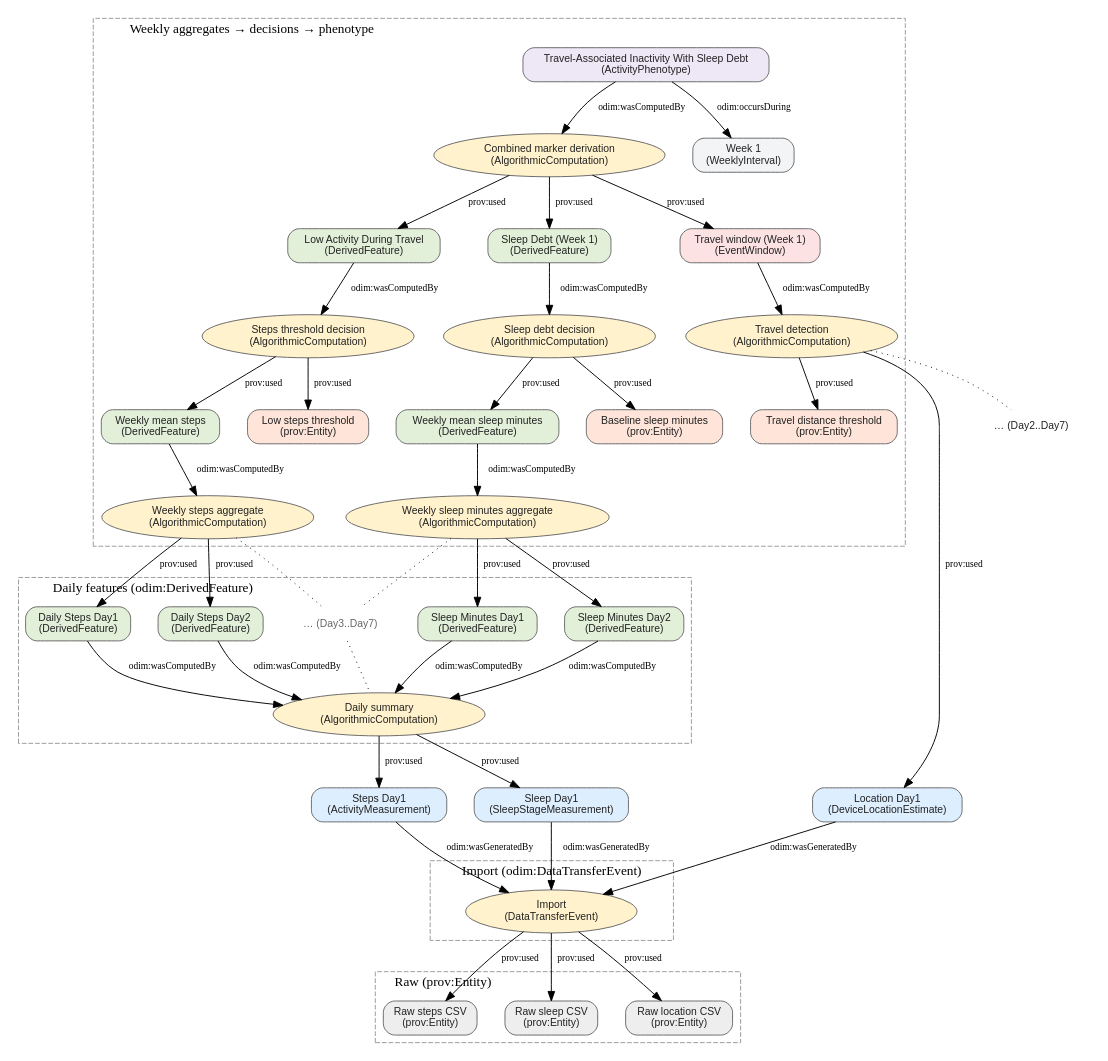
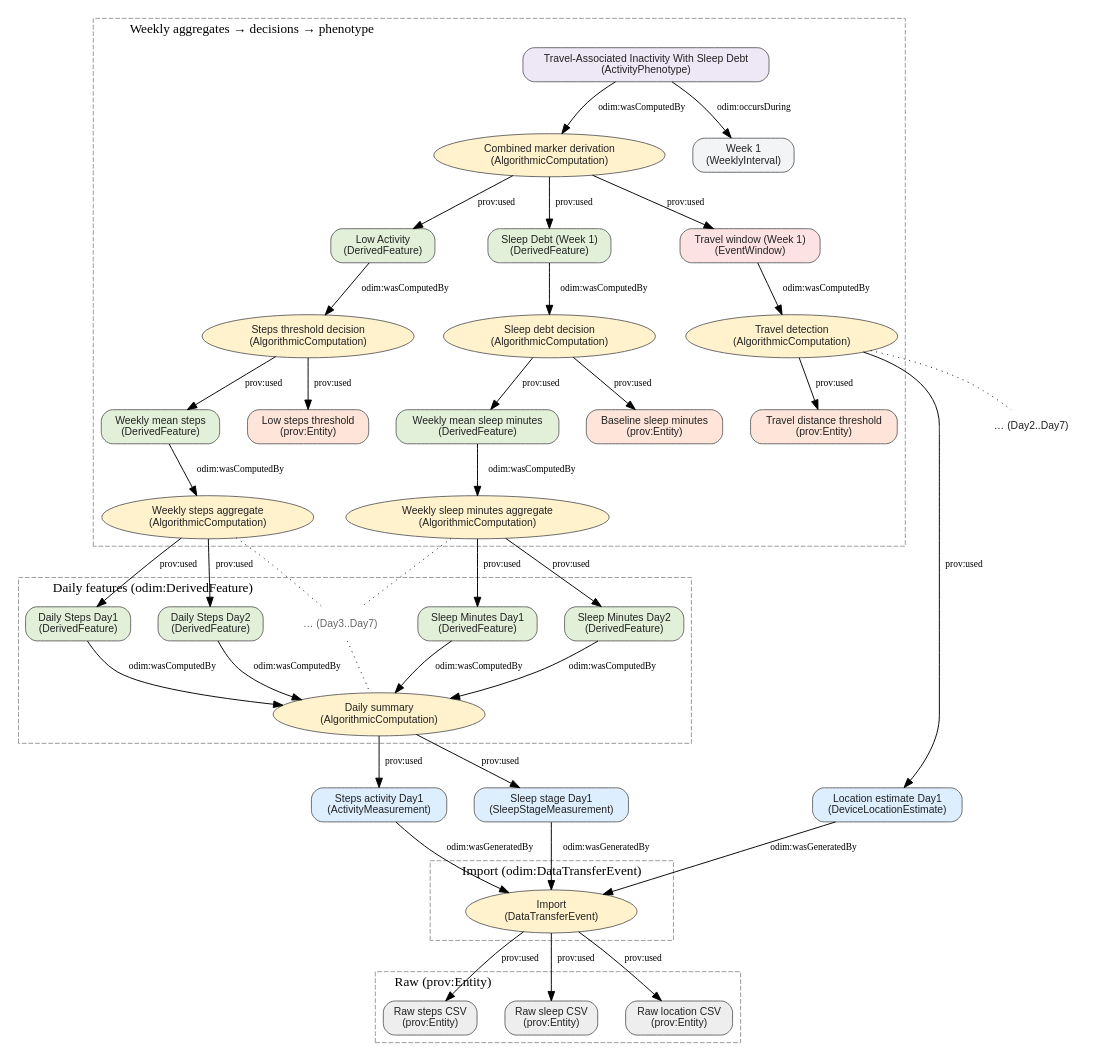
Before and after one commit to MentalHealthMission/MHM-ontology: the diagram in docs/presentation/demo_graph.dot, drawn with Graphviz. The commit also changed 1 other file, not shown here.

Commit message:
docs(presentation): rename observations to day-specific measurements; change marker label to 'Low Activity'

```diff
--- a/docs/presentation/demo_graph.dot
+++ b/docs/presentation/demo_graph.dot
@@ -1,124 +1,124 @@
 digraph DemoFlow {
   rankdir=TB;
   splines=true;
   nodesep=0.4;
   ranksep=0.6;
 
   // Default node styles
   node [fontname="Helvetica", fontsize=11, style="rounded,filled", color="#666666", fontcolor="#222222", fillcolor="white", penwidth=1.0];
 
   // Legend removed for presentation clarity
 
   // Raw entities (prov:Entity)
   subgraph cluster_raw {
     label="Raw (prov:Entity)"; style=dashed; color=gray60; labelloc="t"; labeljust="l";
     RawSteps [label="Raw steps CSV\n(prov:Entity)", shape=box, fillcolor="#EEEEEE"];
     RawSleep [label="Raw sleep CSV\n(prov:Entity)", shape=box, fillcolor="#EEEEEE"];
     RawLoc   [label="Raw location CSV\n(prov:Entity)", shape=box, fillcolor="#EEEEEE"];
   }
 
   // Import activity
   subgraph cluster_import {
     label="Import (odim:DataTransferEvent)"; style=dashed; color=gray60; labelloc="t"; labeljust="l";
     Import [label="Import\n(DataTransferEvent)", shape=ellipse, fillcolor="#FFF2CC"];
   }
 
   // Observations (entities)
   subgraph cluster_obs {
     label=""; style=invis; color=gray60;
-    ObsSteps [label="Steps Day1\n(ActivityMeasurement)", shape=box, fillcolor="#DDEEFF"];
-    ObsSleep [label="Sleep Day1\n(SleepStageMeasurement)", shape=box, fillcolor="#DDEEFF"];
-    ObsLoc   [label="Location Day1\n(DeviceLocationEstimate)", shape=box, fillcolor="#DDEEFF"];
+    ObsSteps [label="Steps activity Day1\n(ActivityMeasurement)", shape=box, fillcolor="#DDEEFF"];
+    ObsSleep [label="Sleep stage Day1\n(SleepStageMeasurement)", shape=box, fillcolor="#DDEEFF"];
+    ObsLoc   [label="Location estimate Day1\n(DeviceLocationEstimate)", shape=box, fillcolor="#DDEEFF"];
     ObsDots  [label="… (Day2..Day7)", shape=plaintext];
   }
 
   // Daily computation + features (steps + sleep minutes)
   subgraph cluster_daily {
     label="Daily features (odim:DerivedFeature)"; style=dashed; color=gray60; labelloc="t"; labeljust="l";
     DailyComp [label="Daily summary\n(AlgorithmicComputation)", shape=ellipse, fillcolor="#FFF2CC"];
     F1 [label="Daily Steps Day1\n(DerivedFeature)", shape=box, fillcolor="#E2F0D9"];
     F2 [label="Daily Steps Day2\n(DerivedFeature)", shape=box, fillcolor="#E2F0D9"];
     FDots [label="… (Day3..Day7)", shape=plaintext, color="#888888", fontcolor="#666666"];
     SQ1 [label="Sleep Minutes Day1\n(DerivedFeature)", shape=box, fillcolor="#E2F0D9"];
     SQ2 [label="Sleep Minutes Day2\n(DerivedFeature)", shape=box, fillcolor="#E2F0D9"];
   }
 
   // Weekly aggregation + decisions + combined phenotype
   subgraph cluster_weekly {
     label="Weekly aggregates → decisions → phenotype"; style=dashed; color=gray60; labelloc="t"; labeljust="l";
     WeeklySteps [label="Weekly steps aggregate\n(AlgorithmicComputation)", shape=ellipse, fillcolor="#FFF2CC"];
     MeanSteps [label="Weekly mean steps\n(DerivedFeature)", shape=box, fillcolor="#E2F0D9"];
     Thresh [label="Low steps threshold\n(prov:Entity)", shape=box, fillcolor="#FFE5D9"];
     StepsDecision [label="Steps threshold decision\n(AlgorithmicComputation)", shape=ellipse, fillcolor="#FFF2CC"];
-    Marker [label="Low Activity During Travel\n(DerivedFeature)", shape=box, style="rounded,filled", fillcolor="#E2F0D9"];
+    Marker [label="Low Activity\n(DerivedFeature)", shape=box, style="rounded,filled", fillcolor="#E2F0D9"];
 
     WeeklySleep [label="Weekly sleep minutes aggregate\n(AlgorithmicComputation)", shape=ellipse, fillcolor="#FFF2CC"];
     MeanSleep [label="Weekly mean sleep minutes\n(DerivedFeature)", shape=box, fillcolor="#E2F0D9"];
     SleepBaseline [label="Baseline sleep minutes\n(prov:Entity)", shape=box, fillcolor="#FFE5D9"];
     SleepDebtDecision [label="Sleep debt decision\n(AlgorithmicComputation)", shape=ellipse, fillcolor="#FFF2CC"];
     SleepDebt [label="Sleep Debt (Week 1)\n(DerivedFeature)", shape=box, fillcolor="#E2F0D9"];
 
     Combine [label="Combined marker derivation\n(AlgorithmicComputation)", shape=ellipse, fillcolor="#FFF2CC"];
     Phenotype [label="Travel-Associated Inactivity With Sleep Debt\n(ActivityPhenotype)", shape=box, style="rounded,filled", fillcolor="#EDE7F6"];
     Week [label="Week 1\n(WeeklyInterval)", shape=box, fillcolor="#F3F4F6"];
 
     // Travel detection elements placed within weekly cluster
     TravelDetect [label="Travel detection\n(AlgorithmicComputation)", shape=ellipse, fillcolor="#FFF2CC"];
     TravelWin [label="Travel window (Week 1)\n(EventWindow)", shape=box, fillcolor="#FDE2E4"];
     TravelThresh [label="Travel distance threshold\n(prov:Entity)", shape=box, fillcolor="#FFE5D9"];
   }
 
   // Edges with exact predicates
   // Import used raw files (prov:used: Activity -> Entity)
   Import -> RawSteps [label="prov:used", fontsize=10];
   Import -> RawSleep [label="prov:used", fontsize=10];
   Import -> RawLoc   [label="prov:used", fontsize=10];
 
   // Observations were generated by Import (odim:wasGeneratedBy: Entity -> Activity)
   ObsSteps -> Import [label="odim:wasGeneratedBy", fontsize=10];
   ObsSleep -> Import [label="odim:wasGeneratedBy", fontsize=10];
   ObsLoc   -> Import [label="odim:wasGeneratedBy", fontsize=10];
   {rank=same; ObsSteps; ObsSleep; ObsLoc;}
 
   // Daily computation used observations (prov:used)
   DailyComp -> ObsSteps [label="prov:used", fontsize=10];
   DailyComp -> ObsSleep [label="prov:used", fontsize=10];
 
   // Travel detection from location observations (nodes defined in weekly cluster)
   TravelDetect -> ObsLoc [label="prov:used", fontsize=10];
   TravelDetect -> ObsDots [style=dotted, arrowhead=none];
   TravelDetect -> TravelThresh [label="prov:used", fontsize=10];
   TravelWin -> TravelDetect [label="odim:wasComputedBy", fontsize=10];
 
   // Daily features were computed by DailyComp (odim:wasComputedBy)
   F1 -> DailyComp [label="odim:wasComputedBy", fontsize=10];
   F2 -> DailyComp [label="odim:wasComputedBy", fontsize=10];
   SQ1 -> DailyComp [label="odim:wasComputedBy", fontsize=10];
   SQ2 -> DailyComp [label="odim:wasComputedBy", fontsize=10];
   FDots -> DailyComp [style=dotted, arrowhead=none];
 
   // Weekly steps aggregate and decision
   WeeklySteps -> F1 [label="prov:used", fontsize=10];
   WeeklySteps -> F2 [label="prov:used", fontsize=10];
   WeeklySteps -> FDots [style=dotted, arrowhead=none];
   MeanSteps -> WeeklySteps [label="odim:wasComputedBy", fontsize=10];
   StepsDecision -> MeanSteps [label="prov:used", fontsize=10];
   StepsDecision -> Thresh [label="prov:used", fontsize=10];
   Marker -> StepsDecision [label="odim:wasComputedBy", fontsize=10];
 
   // Weekly sleep minutes aggregate + sleep debt decision
   WeeklySleep -> SQ1 [label="prov:used", fontsize=10];
   WeeklySleep -> SQ2 [label="prov:used", fontsize=10];
   WeeklySleep -> FDots [style=dotted, arrowhead=none];
   MeanSleep -> WeeklySleep [label="odim:wasComputedBy", fontsize=10];
   SleepDebtDecision -> MeanSleep [label="prov:used", fontsize=10];
   SleepDebtDecision -> SleepBaseline [label="prov:used", fontsize=10];
   SleepDebt -> SleepDebtDecision [label="odim:wasComputedBy", fontsize=10];
 
   // Combined phenotype marker
   Combine -> Marker [label="prov:used", fontsize=10];
   Combine -> SleepDebt [label="prov:used", fontsize=10];
   Combine -> TravelWin [label="prov:used", fontsize=10];
   Phenotype -> Combine [label="odim:wasComputedBy", fontsize=10];
   Phenotype -> Week [label="odim:occursDuring", fontsize=10];
 }
```
